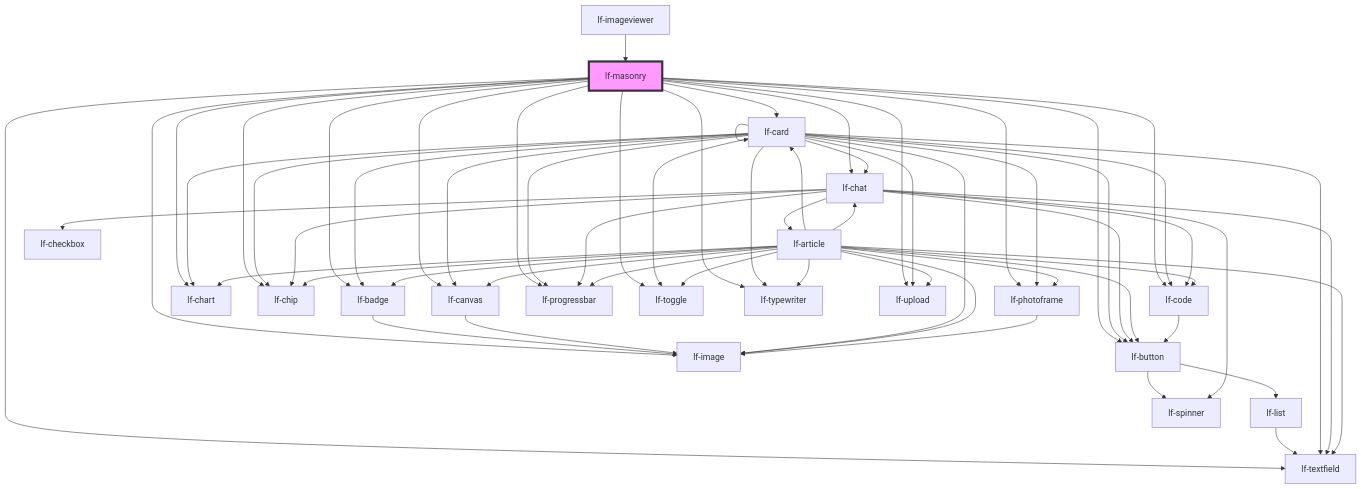
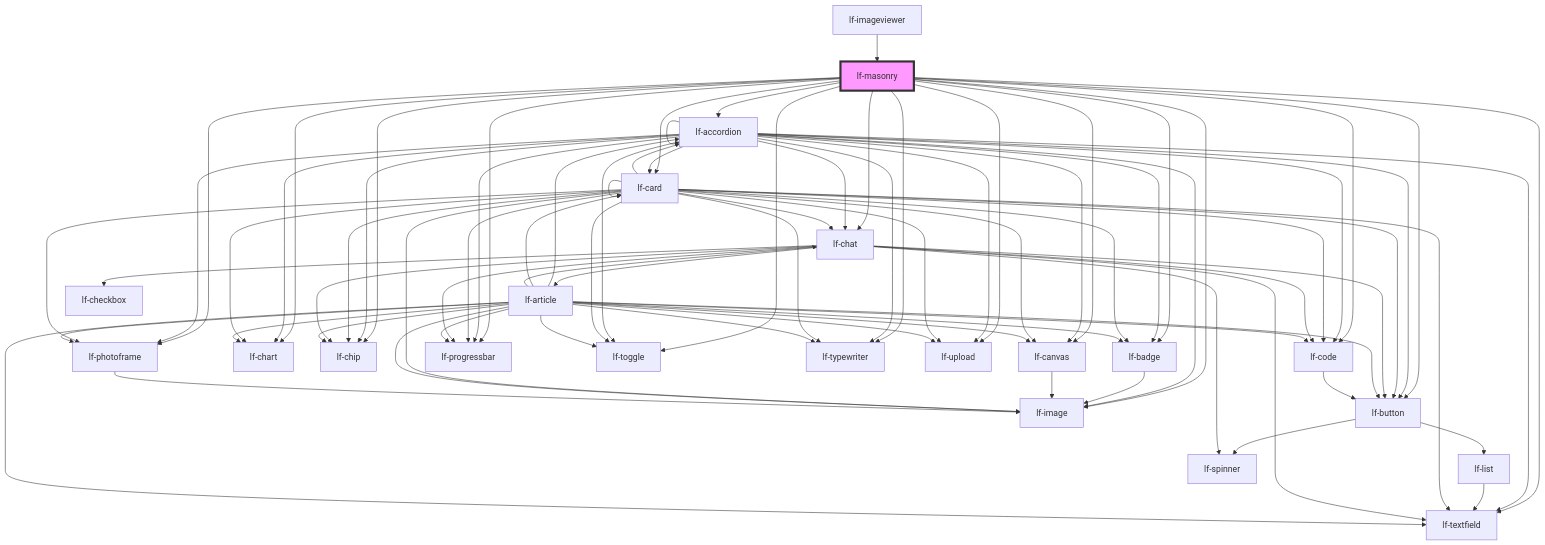
Before and after one commit to lucafoscili/lf-widgets: the diagram in packages/core/src/components/lf-masonry/readme.md, drawn with Mermaid. The commit also changed other lines of this file and 23 other files, not shown here.

````diff
--- a/packages/core/src/components/lf-masonry/readme.md
+++ b/packages/core/src/components/lf-masonry/readme.md
@@ -169,5 +170,6 @@
 ```mermaid
 graph TD;
+  lf-masonry --> lf-accordion
   lf-masonry --> lf-badge
   lf-masonry --> lf-button
   lf-masonry --> lf-canvas
@@ -183,11 +185,28 @@
   lf-masonry --> lf-toggle
   lf-masonry --> lf-typewriter
   lf-masonry --> lf-upload
+  lf-accordion --> lf-accordion
+  lf-accordion --> lf-badge
+  lf-accordion --> lf-button
+  lf-accordion --> lf-canvas
+  lf-accordion --> lf-card
+  lf-accordion --> lf-chart
+  lf-accordion --> lf-chat
+  lf-accordion --> lf-chip
+  lf-accordion --> lf-code
+  lf-accordion --> lf-image
+  lf-accordion --> lf-photoframe
+  lf-accordion --> lf-progressbar
+  lf-accordion --> lf-textfield
+  lf-accordion --> lf-toggle
+  lf-accordion --> lf-typewriter
+  lf-accordion --> lf-upload
   lf-badge --> lf-image
   lf-button --> lf-list
   lf-button --> lf-spinner
   lf-list --> lf-textfield
   lf-canvas --> lf-image
+  lf-card --> lf-accordion
   lf-card --> lf-badge
   lf-card --> lf-button
   lf-card --> lf-canvas
@@ -211,6 +230,7 @@
   lf-chat --> lf-progressbar
   lf-chat --> lf-code
   lf-chat --> lf-checkbox
+  lf-article --> lf-accordion
   lf-article --> lf-badge
   lf-article --> lf-button
   lf-article --> lf-canvas
````
